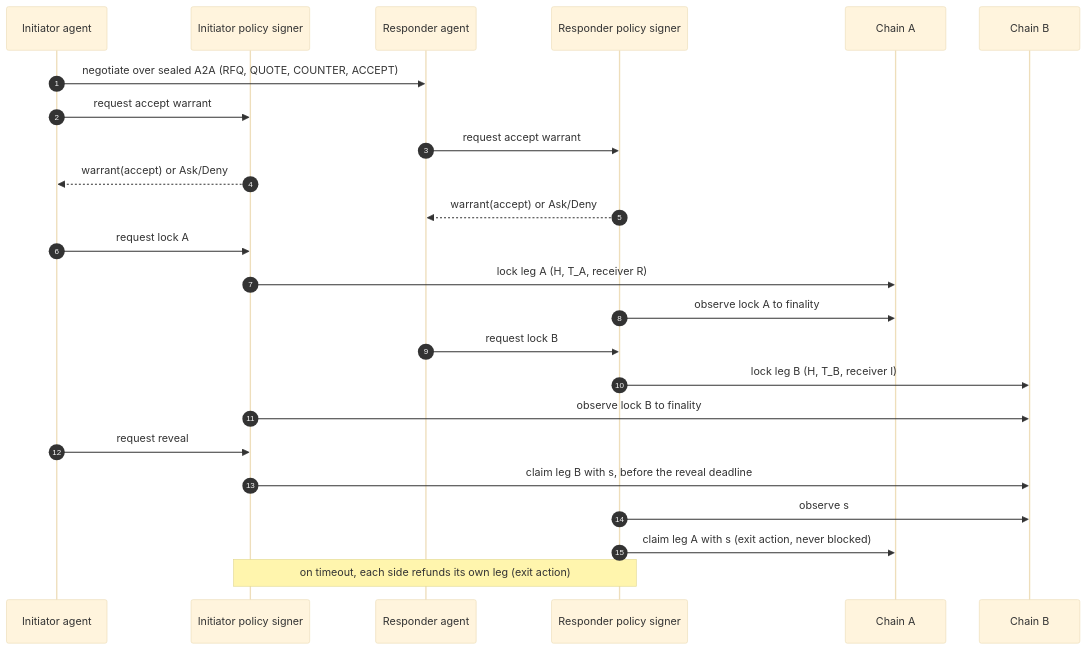
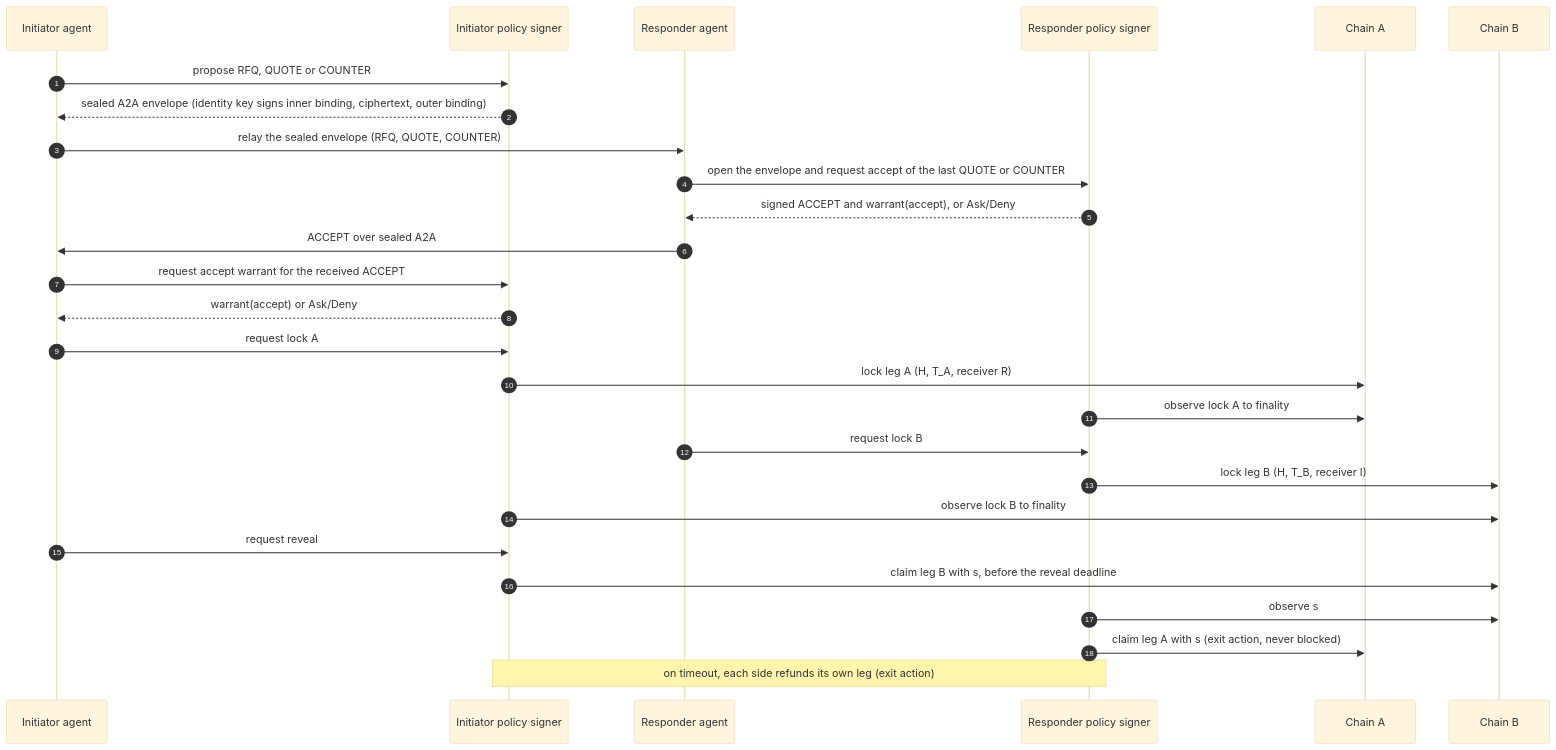
The first of 2 diagrams in swap/spec.md (mnemonik-xyz/warrant), drawn with Mermaid (base theme) before and after one commit. The commit also changed other lines of this file and 2 other files, not shown here.

First line of the commit message:
docs: add Warrant for swaps specification (#4)

````diff
--- a/swap/spec.md
+++ b/swap/spec.md
@@ -145,27 +172,30 @@
 ```mermaid
 sequenceDiagram
   autonumber
   participant IA as Initiator agent
   participant IS as Initiator policy signer
   participant RA as Responder agent
   participant RS as Responder policy signer
   participant A as Chain A
   participant B as Chain B
 
-  IA->>RA: negotiate over sealed A2A (RFQ, QUOTE, COUNTER, ACCEPT)
-  IA->>IS: request accept warrant
-  RA->>RS: request accept warrant
+  IA->>IS: propose RFQ, QUOTE or COUNTER
+  IS-->>IA: sealed A2A envelope (identity key signs inner binding, ciphertext, outer binding)
+  IA->>RA: relay the sealed envelope (RFQ, QUOTE, COUNTER)
+  RA->>RS: open the envelope and request accept of the last QUOTE or COUNTER
+  RS-->>RA: signed ACCEPT and warrant(accept), or Ask/Deny
+  RA->>IA: ACCEPT over sealed A2A
+  IA->>IS: request accept warrant for the received ACCEPT
   IS-->>IA: warrant(accept) or Ask/Deny
-  RS-->>RA: warrant(accept) or Ask/Deny
   IA->>IS: request lock A
   IS->>A: lock leg A (H, T_A, receiver R)
   RS->>A: observe lock A to finality
   RA->>RS: request lock B
   RS->>B: lock leg B (H, T_B, receiver I)
   IS->>B: observe lock B to finality
   IA->>IS: request reveal
   IS->>B: claim leg B with s, before the reveal deadline
   RS->>B: observe s
   RS->>A: claim leg A with s (exit action, never blocked)
   Note over IS,RS: on timeout, each side refunds its own leg (exit action)
 ```
````
